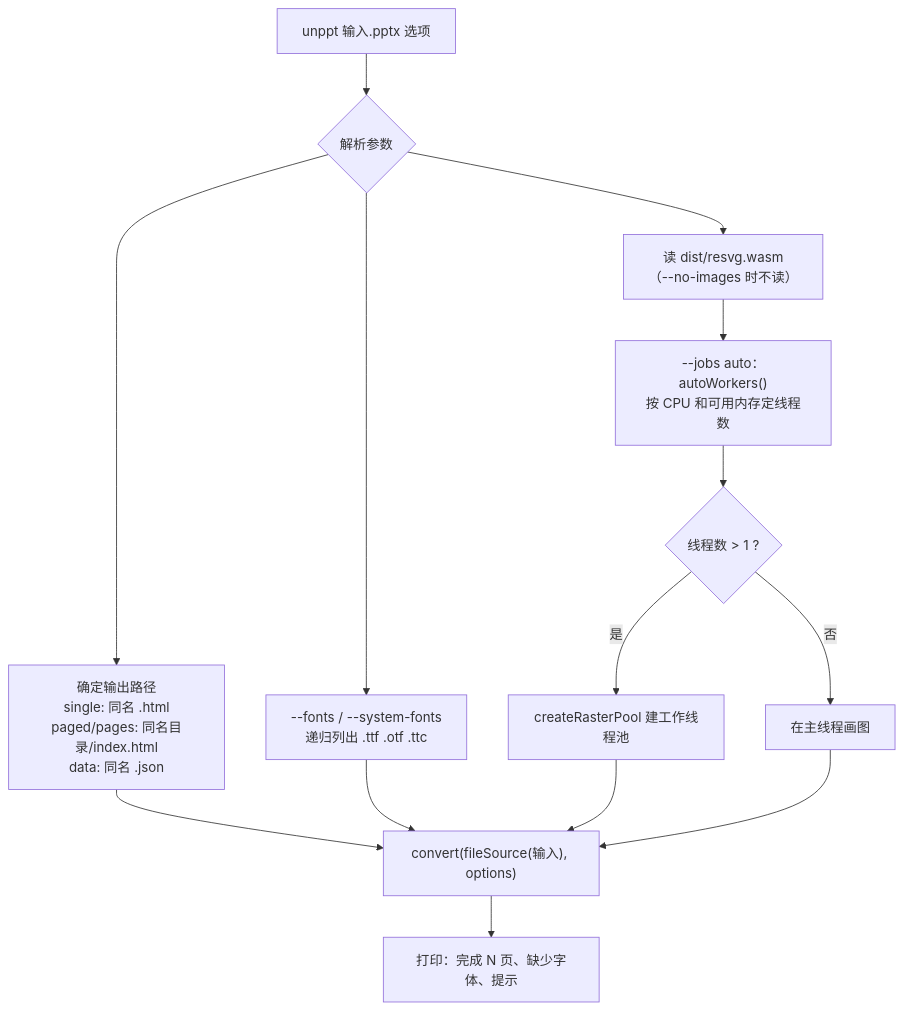
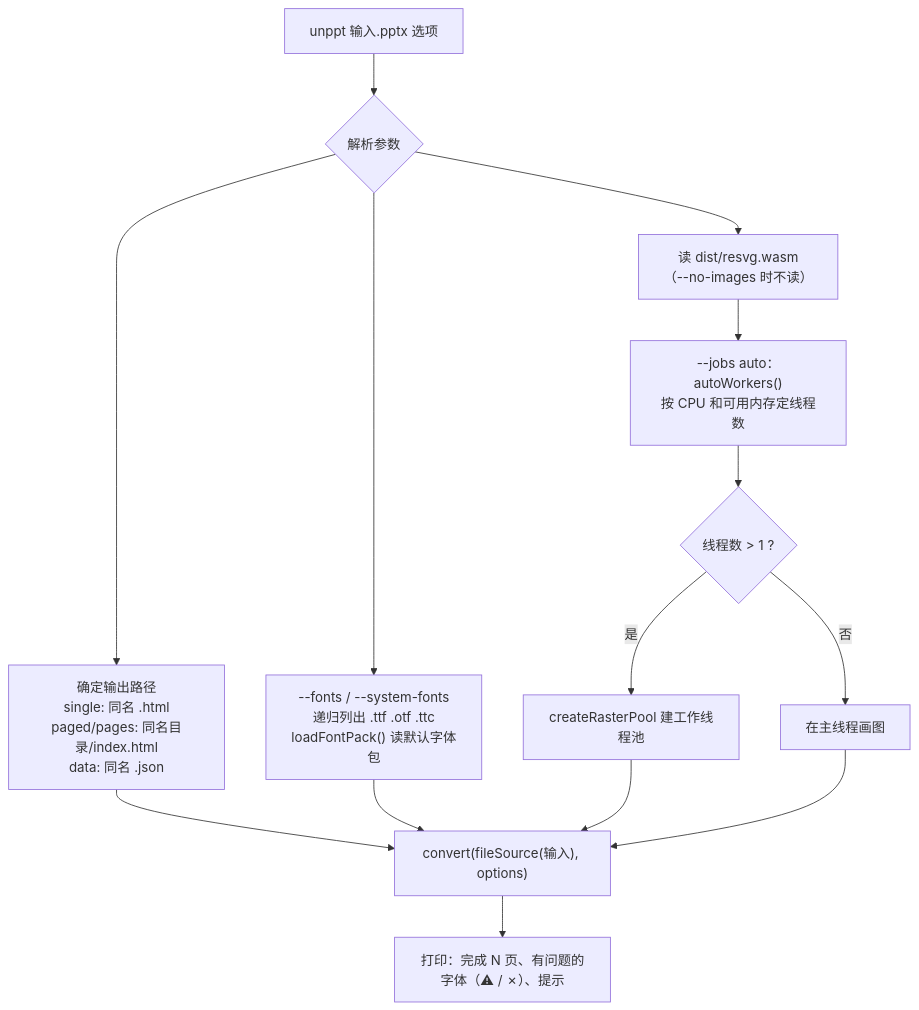
One commit to spitmaster/unppt changed the fourth of 22 diagrams in docs/zh/transcoding.md. Above: the diagram before and after it, drawn with Mermaid. The commit also changed other lines of this file and 15 other files, not shown here.

````diff
--- a/docs/zh/transcoding.md
+++ b/docs/zh/transcoding.md
@@ -211,13 +211,13 @@
 ```mermaid
 flowchart TD
   A["unppt 输入.pptx 选项"] --> B{"解析参数"}
   B --> C["确定输出路径<br/>single: 同名 .html<br/>paged/pages: 同名目录/index.html<br/>data: 同名 .json"]
-  B --> D["--fonts / --system-fonts<br/>递归列出 .ttf .otf .ttc"]
+  B --> D["--fonts / --system-fonts<br/>递归列出 .ttf .otf .ttc<br/>loadFontPack() 读默认字体包"]
   B --> E["读 dist/resvg.wasm<br/>（--no-images 时不读）"]
   E --> F["--jobs auto：autoWorkers()<br/>按 CPU 和可用内存定线程数"]
   F --> G{"线程数 > 1 ?"}
   G -->|是| H["createRasterPool 建工作线程池"]
   G -->|否| I["在主线程画图"]
   C & D & H & I --> J["convert(fileSource(输入), options)"]
-  J --> K["打印：完成 N 页、缺少字体、提示"]
+  J --> K["打印：完成 N 页、有问题的字体（⚠ / ✗）、提示"]
 ```
````
